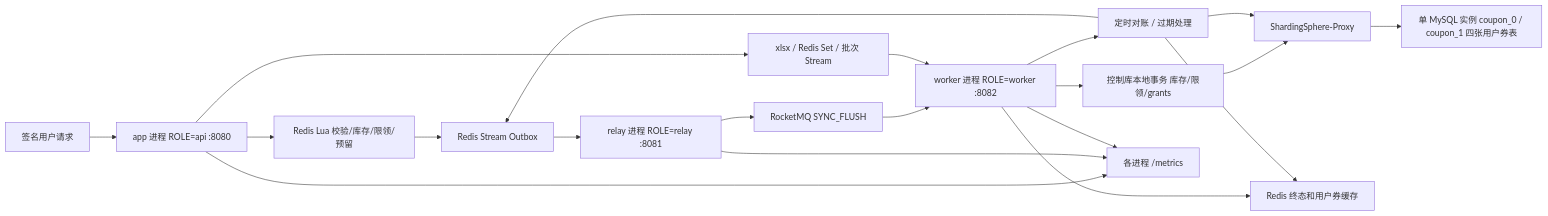
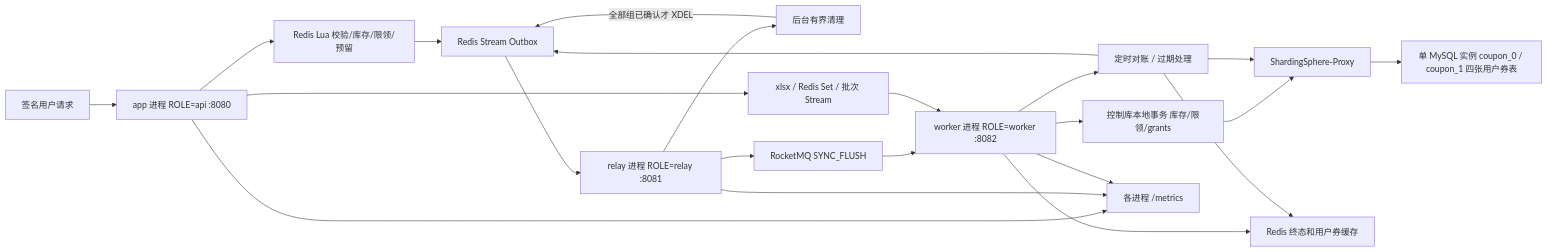
The diagram in docs/ARCHITECTURE.md (1hao1hao/FlashCoupon), drawn with Mermaid before and after one commit. The commit also changed other lines of this file and 66 other files, not shown here.

````diff
--- a/docs/ARCHITECTURE.md
+++ b/docs/ARCHITECTURE.md
@@ -5,22 +5,24 @@
 ```mermaid
 flowchart LR
   U[签名用户请求] --> API[app 进程 ROLE=api :8080]
   API --> LUA[Redis Lua 校验/库存/限领/预留]
   LUA --> S[Redis Stream Outbox]
   S --> R[relay 进程 ROLE=relay :8081]
+  R --> CL[后台有界清理]
+  CL -->|全部组已确认才 XDEL| S
   R --> MQ[RocketMQ SYNC_FLUSH]
   MQ --> W[worker 进程 ROLE=worker :8082]
   B[xlsx / Redis Set / 批次 Stream] --> W
   API --> B
   W --> TX[控制库本地事务 库存/限领/grants]
   TX --> P[ShardingSphere-Proxy]
   P --> C[单 MySQL 实例 coupon_0 / coupon_1 四张用户券表]
   W --> F[Redis 终态和用户券缓存]
   W --> REC[定时对账 / 过期处理]
   REC --> S
   REC --> P
   REC --> F
   API --> MET[各进程 /metrics]
   R --> MET
   W --> MET
 ```
````
